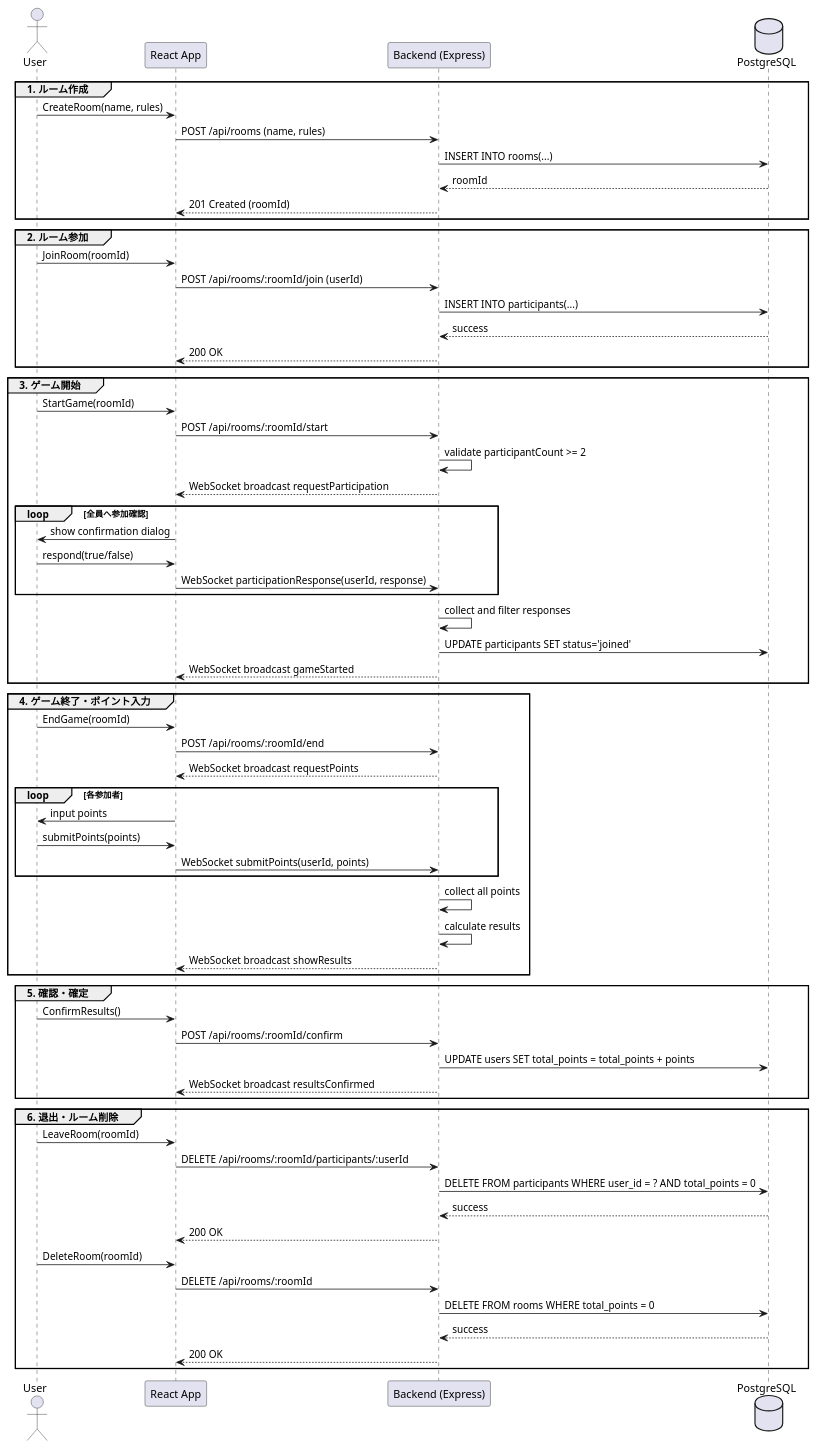
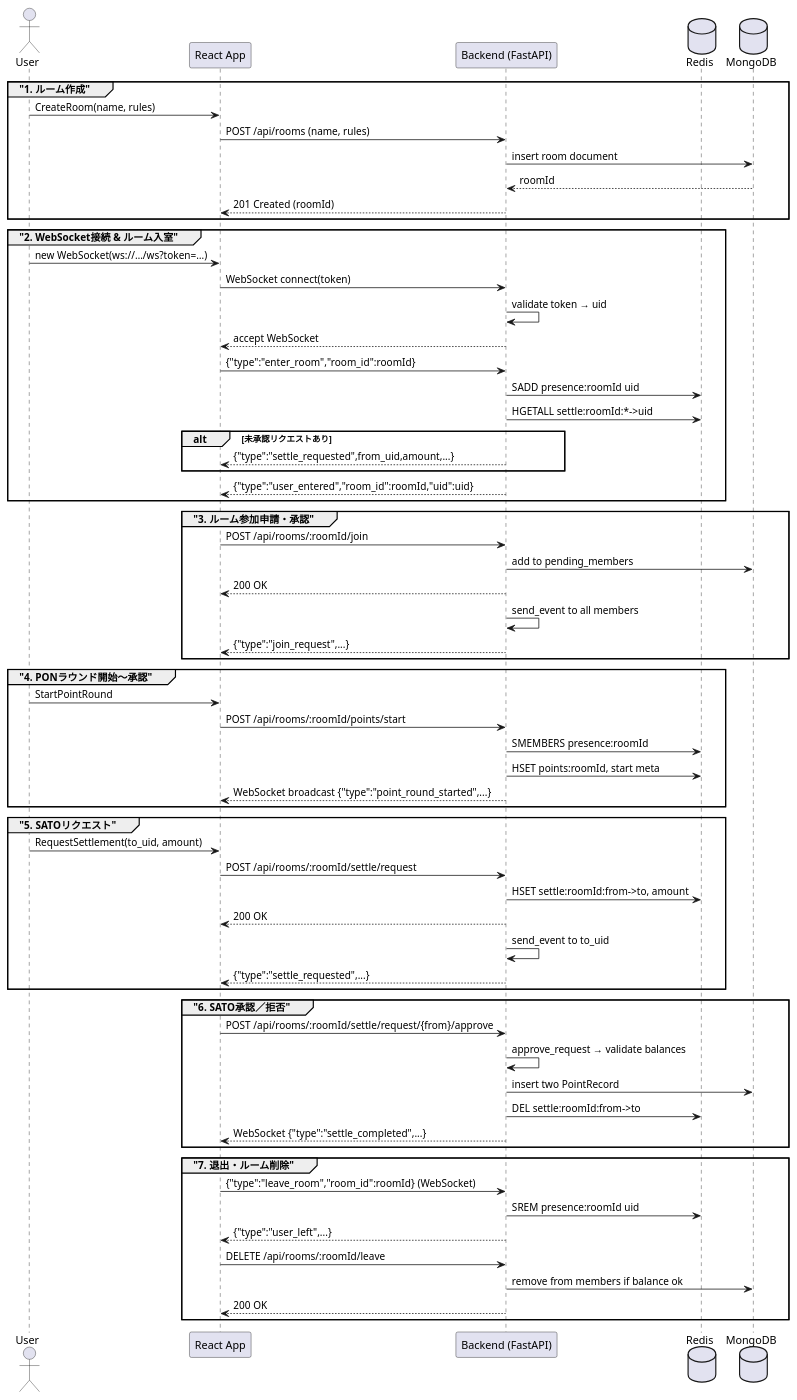
Before and after one commit to raimu38/satopon: the diagram in satopon.puml, drawn with PlantUML. The commit also changed other lines of this file and 2 other files, not shown here.

```diff
--- a/satopon.puml
+++ b/satopon.puml
@@ -1,77 +1,73 @@
 @startuml
 actor User
-participant ReactApp as "React App"
-participant Backend as "Backend (Express)"
-database DB as "PostgreSQL"
+participant "React App" as ReactApp
+participant "Backend (FastAPI)" as Backend
+database "Redis" as Redis
+database "MongoDB" as MongoDB
 
-group 1. ルーム作成
-    User -> ReactApp      : CreateRoom(name, rules)
-    ReactApp -> Backend   : POST /api/rooms (name, rules)
-    Backend -> DB         : INSERT INTO rooms(...)
-    DB --> Backend        : roomId
-    Backend --> ReactApp  : 201 Created (roomId)
+group "1. ルーム作成"
+    User -> ReactApp: CreateRoom(name, rules)
+    ReactApp -> Backend: POST /api/rooms (name, rules)
+    Backend -> MongoDB: insert room document
+    MongoDB --> Backend: roomId
+    Backend --> ReactApp: 201 Created (roomId)
 end group
 
-group 2. ルーム参加
-    User -> ReactApp      : JoinRoom(roomId)
-    ReactApp -> Backend   : POST /api/rooms/:roomId/join (userId)
-    Backend -> DB         : INSERT INTO participants(...)
-    DB --> Backend        : success
-    Backend --> ReactApp  : 200 OK
+group "2. WebSocket接続 & ルーム入室"
+    User -> ReactApp: new WebSocket(ws://…/ws?token=…)
+    ReactApp -> Backend: WebSocket connect(token)
+    Backend -> Backend: validate token → uid
+    Backend --> ReactApp: accept WebSocket
+    ReactApp -> Backend: {"type":"enter_room","room_id":roomId}
+    Backend -> Redis: SADD presence:roomId uid
+    Backend -> Redis: HGETALL settle:roomId:*->uid
+    alt 未承認リクエストあり
+        Backend --> ReactApp: {"type":"settle_requested",from_uid,amount,...}
+    end
+    Backend --> ReactApp: {"type":"user_entered","room_id":roomId,"uid":uid}
 end group
 
-group 3. ゲーム開始
-    User -> ReactApp      : StartGame(roomId)
-    ReactApp -> Backend   : POST /api/rooms/:roomId/start
-    Backend -> Backend    : validate participantCount >= 2
-    Backend --> ReactApp  : WebSocket broadcast requestParticipation
-
-    loop 全員へ参加確認
-        ReactApp -> User  : show confirmation dialog
-        User -> ReactApp  : respond(true/false)
-        ReactApp -> Backend: WebSocket participationResponse(userId, response)
-    end
-
-    Backend -> Backend    : collect and filter responses
-    Backend -> DB        : UPDATE participants SET status='joined'
-    Backend --> ReactApp : WebSocket broadcast gameStarted
+group "3. ルーム参加申請・承認"
+    ReactApp -> Backend: POST /api/rooms/:roomId/join
+    Backend -> MongoDB: add to pending_members
+    Backend --> ReactApp: 200 OK
+    Backend -> Backend: send_event to all members
+    Backend --> ReactApp: {"type":"join_request",...}
 end group
 
-group 4. ゲーム終了・ポイント入力
-    User -> ReactApp      : EndGame(roomId)
-    ReactApp -> Backend   : POST /api/rooms/:roomId/end
-    Backend --> ReactApp  : WebSocket broadcast requestPoints
-
-    loop 各参加者
-        ReactApp -> User : input points
-        User -> ReactApp : submitPoints(points)
-        ReactApp -> Backend: WebSocket submitPoints(userId, points)
-    end
-
-    Backend -> Backend    : collect all points
-    Backend -> Backend    : calculate results
-    Backend --> ReactApp  : WebSocket broadcast showResults
+group "4. PONラウンド開始～承認"
+    User -> ReactApp: StartPointRound
+    ReactApp -> Backend: POST /api/rooms/:roomId/points/start
+    Backend -> Redis: SMEMBERS presence:roomId
+    Backend -> Redis: HSET points:roomId, start meta
+    Backend --> ReactApp: WebSocket broadcast {"type":"point_round_started",...}
+    ' 以下、point_submitted～point_round_cancelled のやり取り
 end group
 
-group 5. 確認・確定
-    User -> ReactApp      : ConfirmResults()
-    ReactApp -> Backend   : POST /api/rooms/:roomId/confirm
-    Backend -> DB         : UPDATE users SET total_points = total_points + points
-    Backend --> ReactApp  : WebSocket broadcast resultsConfirmed
+group "5. SATOリクエスト"
+    User -> ReactApp: RequestSettlement(to_uid, amount)
+    ReactApp -> Backend: POST /api/rooms/:roomId/settle/request
+    Backend -> Redis: HSET settle:roomId:from->to, amount
+    Backend --> ReactApp: 200 OK
+    Backend -> Backend: send_event to to_uid
+    Backend --> ReactApp: {"type":"settle_requested",...}
 end group
 
-group 6. 退出・ルーム削除
-    User -> ReactApp      : LeaveRoom(roomId)
-    ReactApp -> Backend   : DELETE /api/rooms/:roomId/participants/:userId
-    Backend -> DB         : DELETE FROM participants WHERE user_id = ? AND total_points = 0
-    DB --> Backend        : success
-    Backend --> ReactApp  : 200 OK
+group "6. SATO承認／拒否"
+    ReactApp -> Backend: POST /api/rooms/:roomId/settle/request/{from}/approve
+    Backend -> Backend: approve_request → validate balances
+    Backend -> MongoDB: insert two PointRecord
+    Backend -> Redis: DEL settle:roomId:from->to
+    Backend --> ReactApp: WebSocket {"type":"settle_completed",...}
+end group
 
-    User -> ReactApp      : DeleteRoom(roomId)
-    ReactApp -> Backend   : DELETE /api/rooms/:roomId
-    Backend -> DB         : DELETE FROM rooms WHERE total_points = 0
-    DB --> Backend        : success
-    Backend --> ReactApp  : 200 OK
+group "7. 退出・ルーム削除"
+    ReactApp -> Backend: {"type":"leave_room","room_id":roomId} (WebSocket)
+    Backend -> Redis: SREM presence:roomId uid
+    Backend --> ReactApp: {"type":"user_left",...}
+    ReactApp -> Backend: DELETE /api/rooms/:roomId/leave
+    Backend -> MongoDB: remove from members if balance ok
+    Backend --> ReactApp: 200 OK
 end group
 
 @enduml
```
